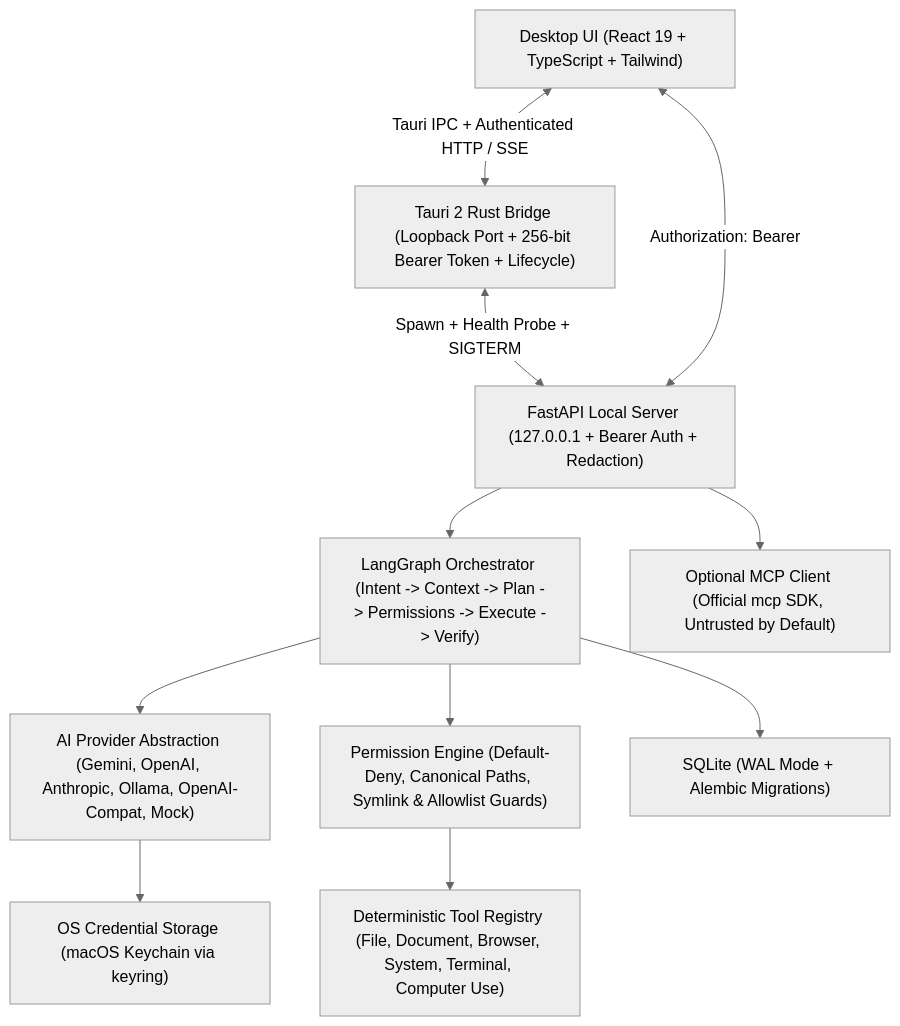
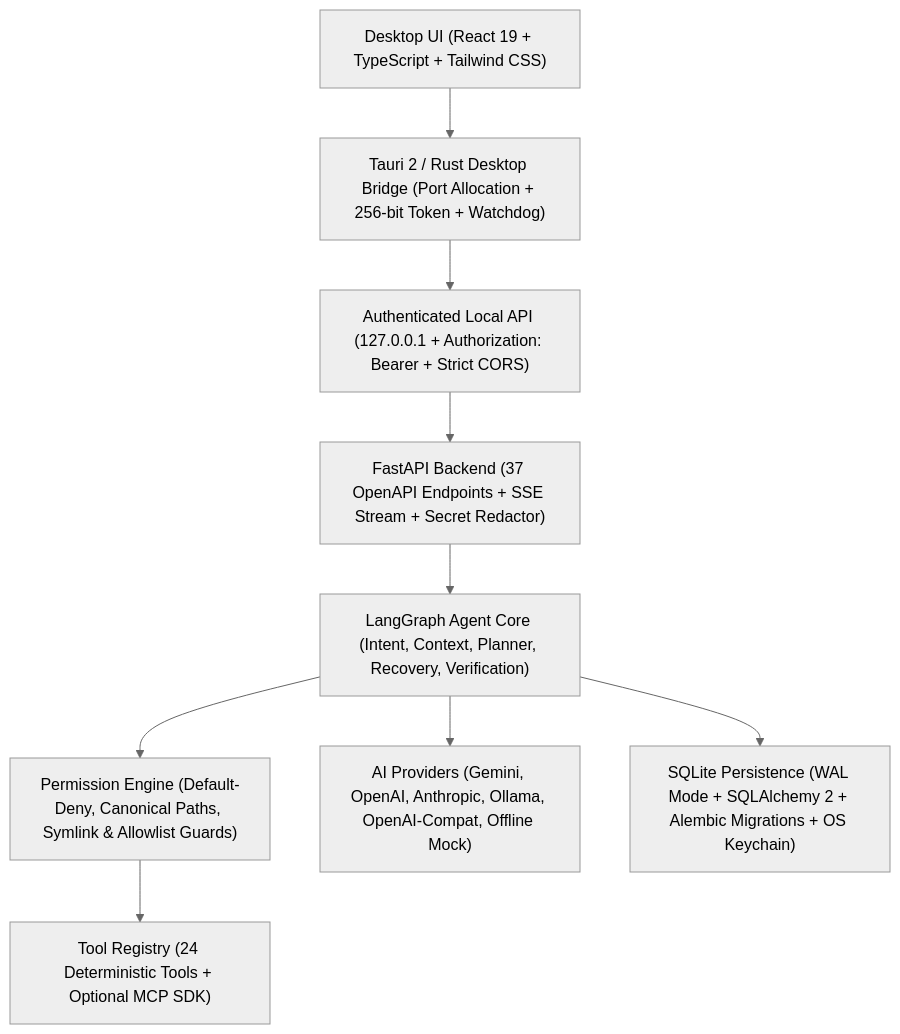
One commit to dandisetiawanco/AgentOs changed the diagram in README.md. Above: the diagram before and after it, drawn with Mermaid (neutral theme). The commit also changed other lines of this file and 5 other files, not shown here.

````diff
--- a/README.md
+++ b/README.md
@@ -55,24 +73,21 @@
 ```mermaid
 flowchart TD
-    UI["Desktop UI (React 19 + TypeScript + Tailwind)"]
-    Bridge["Tauri 2 Rust Bridge (Loopback Port + 256-bit Bearer Token + Lifecycle)"]
-    API["FastAPI Local Server (127.0.0.1 + Bearer Auth + Redaction)"]
-    Orch["LangGraph Orchestrator (Intent -> Context -> Plan -> Permissions -> Execute -> Verify)"]
+    UI["Desktop UI (React 19 + TypeScript + Tailwind CSS)"]
+    Tauri["Tauri 2 / Rust Desktop Bridge (Port Allocation + 256-bit Token + Watchdog)"]
+    LocalAPI["Authenticated Local API (127.0.0.1 + Authorization: Bearer + Strict CORS)"]
+    FastAPI["FastAPI Backend (37 OpenAPI Endpoints + SSE Stream + Secret Redactor)"]
+    Core["LangGraph Agent Core (Intent, Context, Planner, Recovery, Verification)"]
     Perm["Permission Engine (Default-Deny, Canonical Paths, Symlink & Allowlist Guards)"]
-    Tools["Deterministic Tool Registry (File, Document, Browser, System, Terminal, Computer Use)"]
-    Prov["AI Provider Abstraction (Gemini, OpenAI, Anthropic, Ollama, OpenAI-Compat, Mock)"]
-    MCP["Optional MCP Client (Official mcp SDK, Untrusted by Default)"]
-    DB["SQLite (WAL Mode + Alembic Migrations)"]
-    KC["OS Credential Storage (macOS Keychain via keyring)"]
+    Tools["Tool Registry (24 Deterministic Tools + Optional MCP SDK)"]
+    Providers["AI Providers (Gemini, OpenAI, Anthropic, Ollama, OpenAI-Compat, Offline Mock)"]
+    SQLite["SQLite Persistence (WAL Mode + SQLAlchemy 2 + Alembic Migrations + OS Keychain)"]
 
-    UI <-->|"Tauri IPC + Authenticated HTTP / SSE"| Bridge
-    Bridge <-->|"Spawn + Health Probe + SIGTERM"| API
-    UI <-->|"Authorization: Bearer"| API
-    API --> Orch
-    Orch --> Prov
-    Orch --> Perm
+    UI --> Tauri
+    Tauri --> LocalAPI
+    LocalAPI --> FastAPI
+    FastAPI --> Core
+    Core --> Perm
     Perm --> Tools
-    Orch --> DB
-    API --> MCP
-    Prov --> KC
+    Core --> Providers
+    Core --> SQLite
 ```
````
